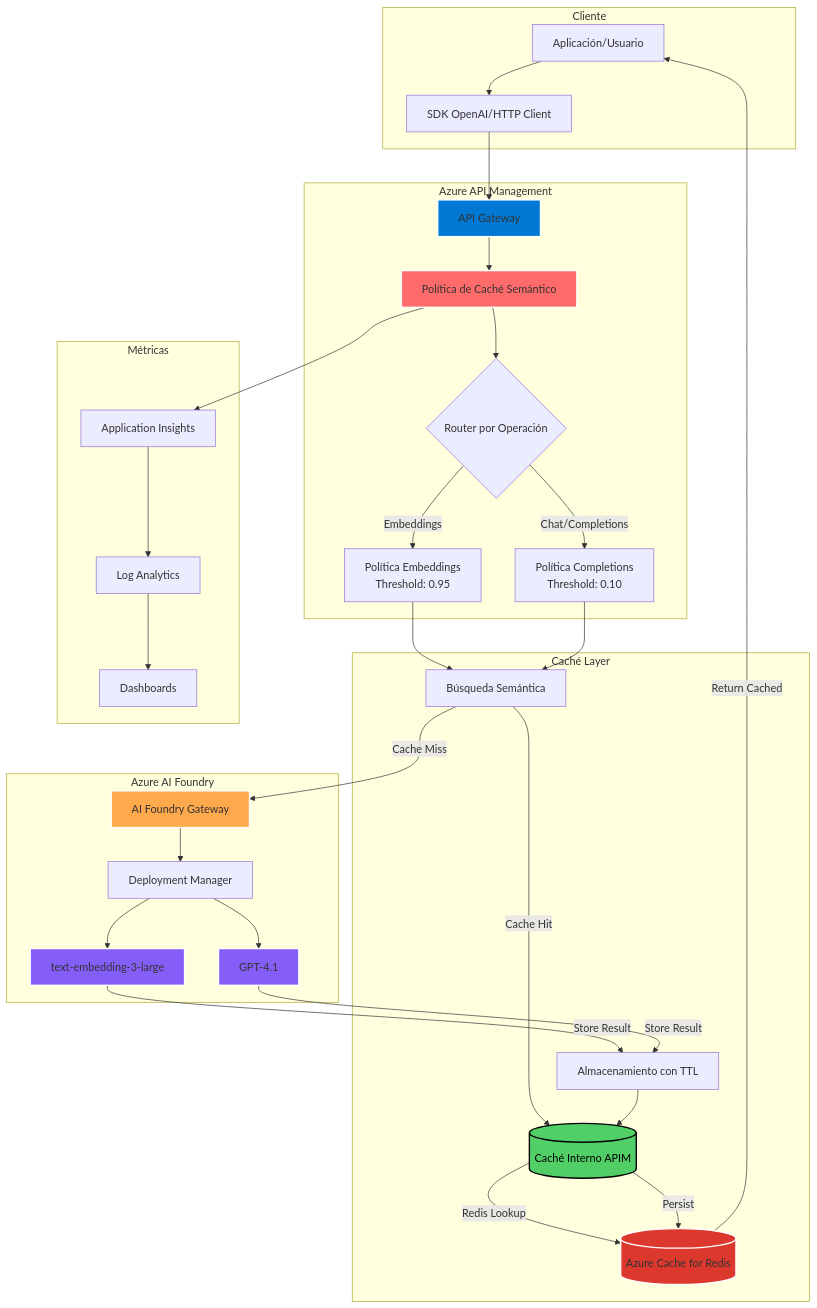
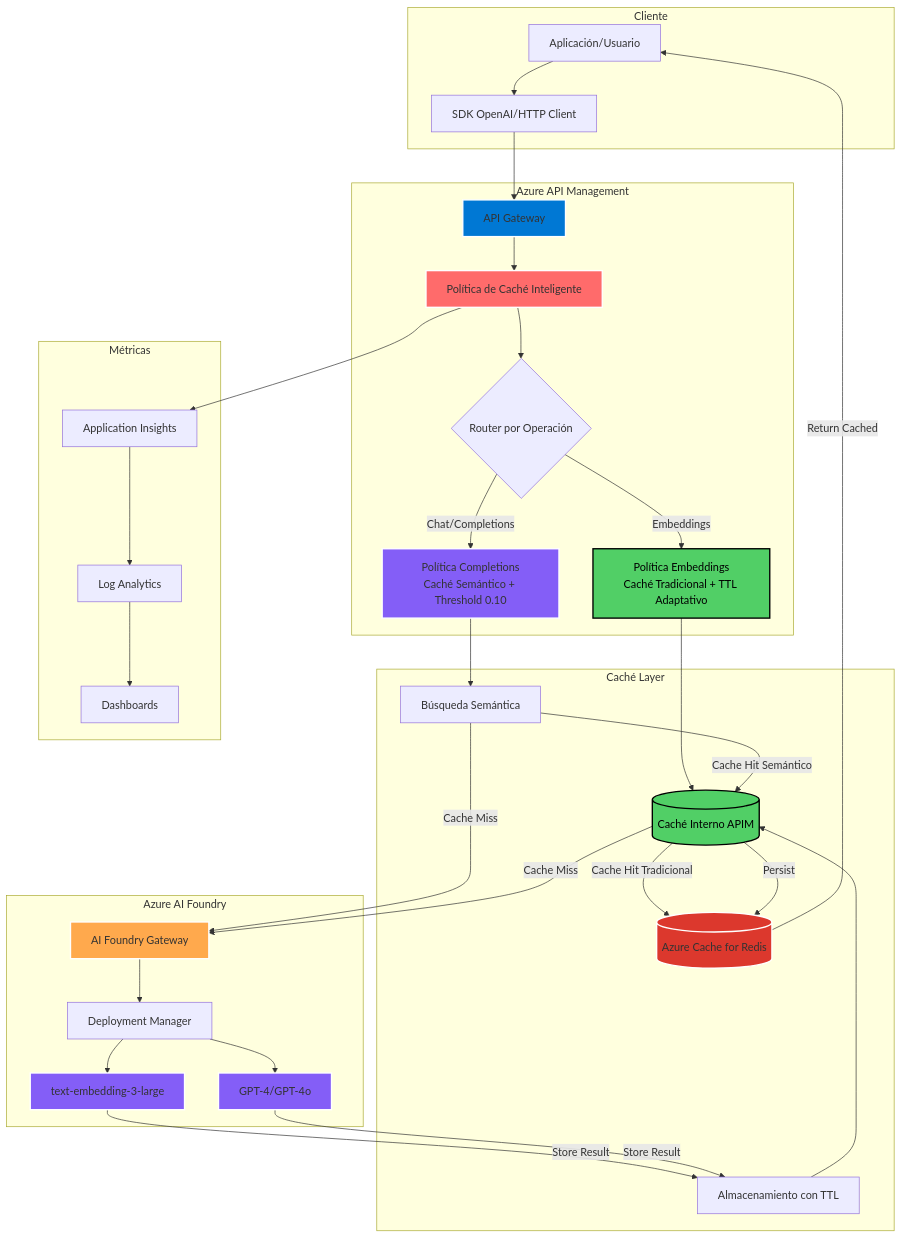
One commit to gbecerra1982/Semantic-Cache changed the diagram in README.md. Above: the diagram before and after it, drawn with Mermaid. The commit also changed other lines of this file and 14 other files, not shown here.

````diff
--- a/README.md
+++ b/README.md
@@ -17,72 +18,75 @@
 ```mermaid
 graph TB
     subgraph "Cliente"
         A[Aplicación/Usuario]
         B[SDK OpenAI/HTTP Client]
     end
     
     subgraph "Azure API Management"
         C[API Gateway]
-        D[Política de Caché Semántico]
+        D[Política de Caché Inteligente]
         E{Router por Operación}
-        F[Política Embeddings<br/>Threshold: 0.95]
-        G[Política Completions<br/>Threshold: 0.10]
+        F[Política Embeddings<br/>Caché Tradicional + TTL Adaptativo]
+        G[Política Completions<br/>Caché Semántico + Threshold 0.10]
     end
     
     subgraph "Caché Layer"
         H[(Caché Interno APIM)]
         I[Búsqueda Semántica]
         J[Almacenamiento con TTL]
         R[(Azure Cache for Redis)]
     end
     
     subgraph "Azure AI Foundry"
         K[AI Foundry Gateway]
         L[Deployment Manager]
         M[text-embedding-3-large]
-        N[GPT-4.1]
+        N[GPT-4/GPT-4o]
     end
     
     subgraph "Métricas"
         O[Application Insights]
         P[Log Analytics]
         Q[Dashboards]
     end
     
     A --> B
     B --> C
     C --> D
     D --> E
     E -->|Embeddings| F
     E -->|Chat/Completions| G
     
-    F --> I
+    F --> H
     G --> I
     
-    I -->|Cache Hit| H
+    I -->|Cache Hit Semántico| H
+    H -->|Cache Hit Tradicional| R
     I -->|Cache Miss| K
+    H -->|Cache Miss| K
     
-    H -->|Redis Lookup| R
     R -->|Return Cached| A
     
     K --> L
     L --> M
     L --> N
     
     M -->|Store Result| J
     N -->|Store Result| J
     J --> H
     H -->|Persist| R
     
     D --> O
     O --> P
     P --> Q
     
     style C fill:#0078D4,stroke:#fff,stroke-width:2px
     style D fill:#FF6B6B,stroke:#fff,stroke-width:2px
+    style F fill:#51CF66,stroke:#000,stroke-width:2px,color:#000
+    style G fill:#845EF7,stroke:#fff,stroke-width:2px
     style H fill:#51CF66,stroke:#000,stroke-width:2px,color:#000
     style R fill:#DC382D,stroke:#fff,stroke-width:2px
     style K fill:#FFA94D,stroke:#fff,stroke-width:2px
     style M fill:#845EF7,stroke:#fff,stroke-width:2px
     style N fill:#845EF7,stroke:#fff,stroke-width:2px
 ```
````
